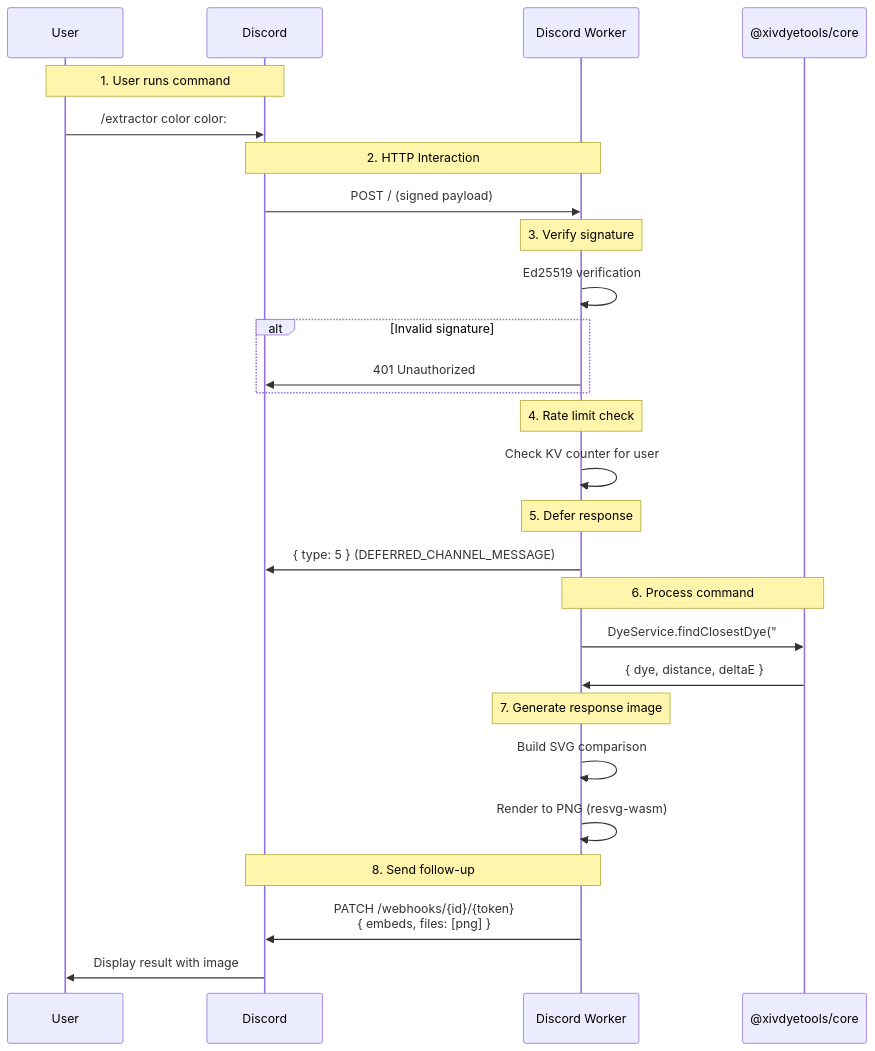
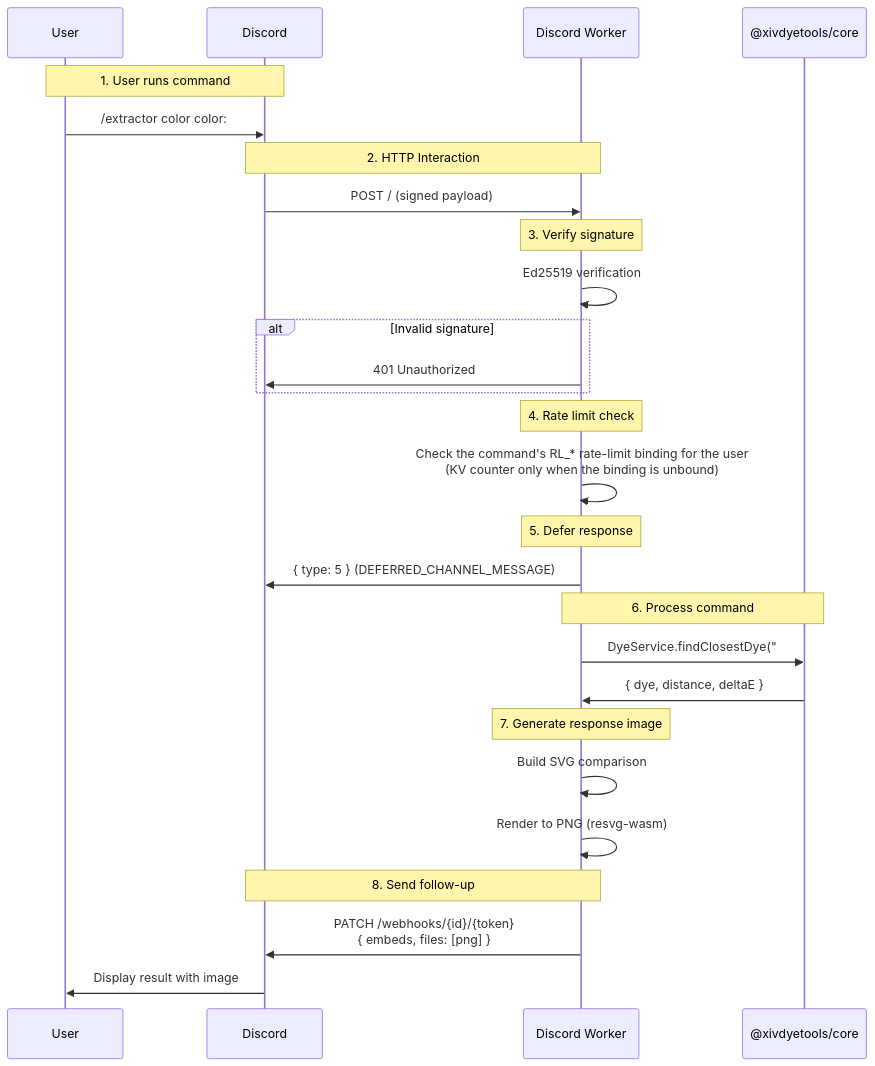
Before and after one commit to FlashGalatine/xivdyetools: the sixth of 6 diagrams in docs/architecture/data-flow.md, drawn with Mermaid. The commit also changed other lines of this file and 206 other files, not shown here.

````diff
--- a/docs/architecture/data-flow.md
+++ b/docs/architecture/data-flow.md
@@ -306,38 +313,38 @@
 ```mermaid
 sequenceDiagram
     participant User
     participant Discord as Discord
     participant Worker as Discord Worker
     participant Core as @xivdyetools/core
 
     Note over User,Discord: 1. User runs command
     User->>Discord: /extractor color color:#FF6B6B
 
     Note over Discord,Worker: 2. HTTP Interaction
     Discord->>Worker: POST / (signed payload)
 
     Note over Worker: 3. Verify signature
     Worker->>Worker: Ed25519 verification
     alt Invalid signature
         Worker->>Discord: 401 Unauthorized
     end
 
     Note over Worker: 4. Rate limit check
-    Worker->>Worker: Check KV counter for user
+    Worker->>Worker: Check the command's RL_* rate-limit binding for the user<br/>(KV counter only when the binding is unbound)
 
     Note over Worker: 5. Defer response
     Worker->>Discord: { type: 5 } (DEFERRED_CHANNEL_MESSAGE)
 
     Note over Worker,Core: 6. Process command
     Worker->>Core: DyeService.findClosestDye("#FF6B6B")
     Core->>Worker: { dye, distance, deltaE }
 
     Note over Worker: 7. Generate response image
     Worker->>Worker: Build SVG comparison
     Worker->>Worker: Render to PNG (resvg-wasm)
 
     Note over Worker,Discord: 8. Send follow-up
     Worker->>Discord: PATCH /webhooks/{id}/{token}<br/>{ embeds, files: [png] }
 
     Discord->>User: Display result with image
 ```
````
